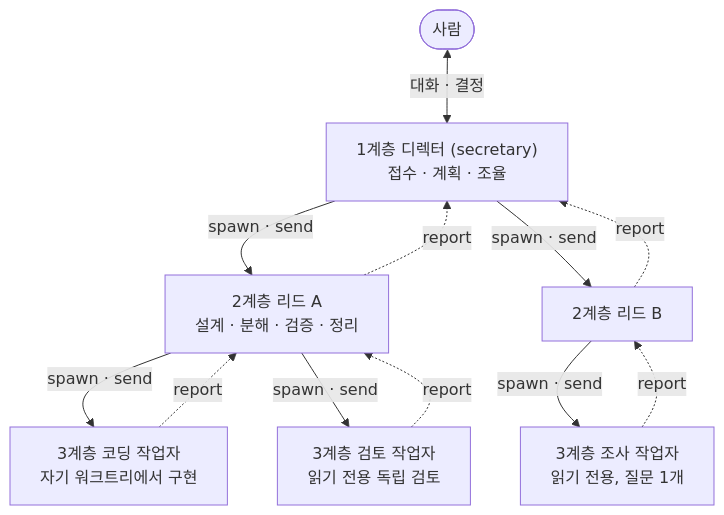
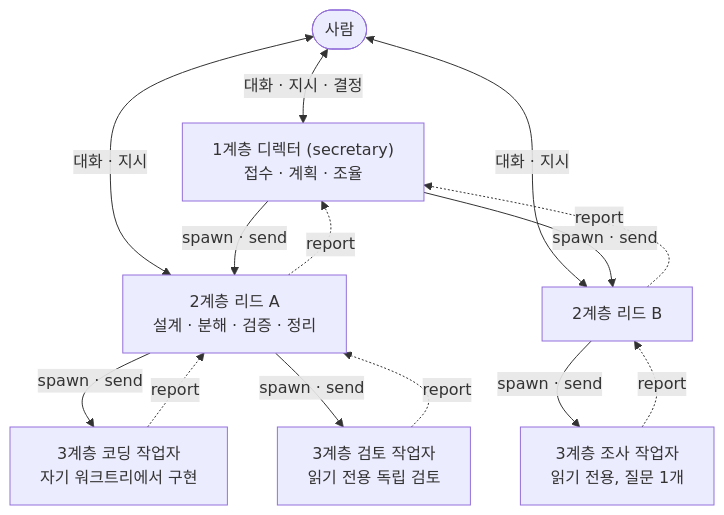
Before and after one commit to JeonHyunOh/herdr-workbench: the diagram in docs/04-session-hierarchy.md, drawn with Mermaid. The commit also changed other lines of this file and 1 other file, not shown here.

````diff
--- a/docs/04-session-hierarchy.md
+++ b/docs/04-session-hierarchy.md
@@ -9,21 +9,23 @@
 ```mermaid
 flowchart TD
   P(["사람"])
   D["1계층 디렉터 (secretary)<br/>접수 · 계획 · 조율"]
   LA["2계층 리드 A<br/>설계 · 분해 · 검증 · 정리"]
   LB["2계층 리드 B"]
   WC["3계층 코딩 작업자<br/>자기 워크트리에서 구현"]
   WR["3계층 검토 작업자<br/>읽기 전용 독립 검토"]
   WQ["3계층 조사 작업자<br/>읽기 전용, 질문 1개"]
-  P <-->|"대화 · 결정"| D
+  P <-->|"대화 · 지시 · 결정"| D
+  P <-->|"대화 · 지시"| LA
+  P <-->|"대화 · 지시"| LB
   D -->|"spawn · send"| LA
   D -->|"spawn · send"| LB
   LA -->|"spawn · send"| WC
   LA -->|"spawn · send"| WR
   LB -->|"spawn · send"| WQ
   WC -.->|report| LA
   WR -.->|report| LA
   WQ -.->|report| LB
   LA -.->|report| D
   LB -.->|report| D
 ```
````
